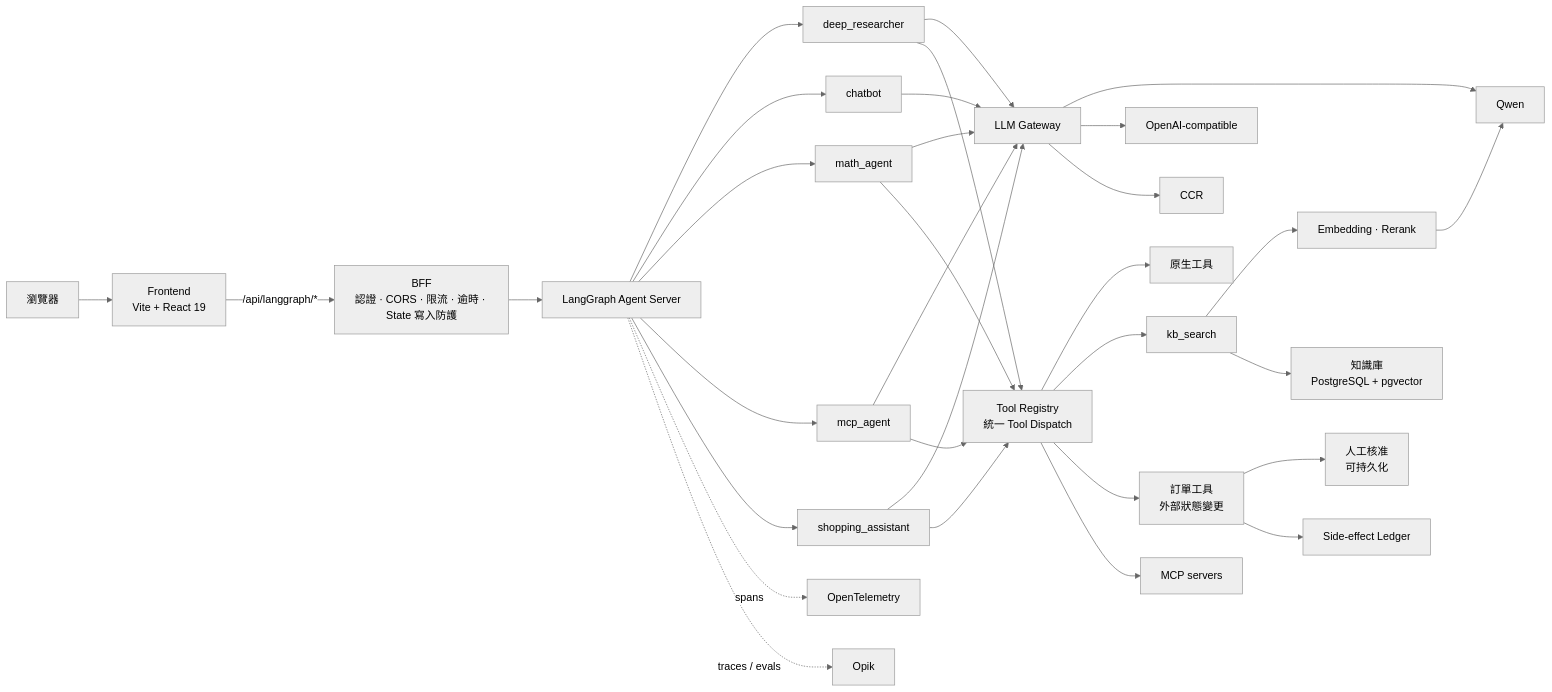
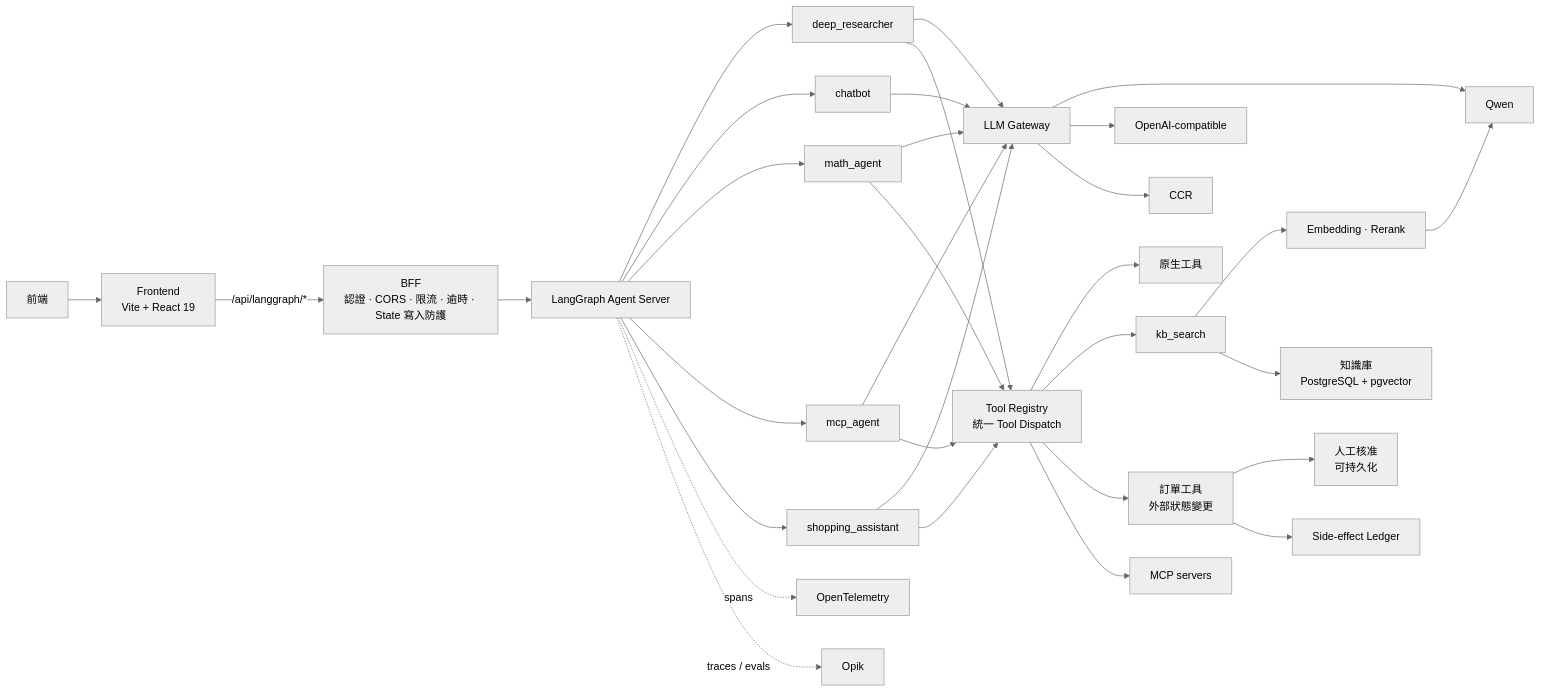
Before and after one commit to HsienW/chat-gun: the diagram in README.md, drawn with Mermaid (neutral theme). The commit also changed other lines of this file and 2 other files, not shown here.

Commit message:
docs(readme): use frontend terminology consistently
- Replace browser references with frontend in the multilingual introductions.
- Align the affected architecture diagram labels with the revised terminology.

````diff
--- a/README.md
+++ b/README.md
@@ -160,59 +160,59 @@
 ```mermaid
 flowchart LR
-  B["瀏覽器"]
+  B["前端"]
   F["Frontend<br/>Vite + React 19"]
   G["BFF<br/>認證 · CORS · 限流 · 逾時 · State 寫入防護"]
   L["LangGraph Agent Server"]
   A1["deep_researcher"]
   A2["chatbot"]
   A3["math_agent"]
   A4["mcp_agent"]
   A5["shopping_assistant"]
   GW["LLM Gateway"]
   Q["Qwen"]
   O["OpenAI-compatible"]
   C["CCR"]
   TR["Tool Registry<br/>統一 Tool Dispatch"]
   NT["原生工具"]
   KB["kb_search"]
   OD["訂單工具<br/>外部狀態變更"]
   MT["MCP servers"]
   EM["Embedding · Rerank"]
   KS["知識庫<br/>PostgreSQL + pgvector"]
   HI["人工核准<br/>可持久化"]
   LG["Side-effect Ledger"]
   OT["OpenTelemetry"]
   OP["Opik"]
 
   B --> F
   F -->|"/api/langgraph/*"| G
   G --> L
   L --> A1
   L --> A2
   L --> A3
   L --> A4
   L --> A5
   A1 --> GW
   A2 --> GW
   A3 --> GW
   A4 --> GW
   A5 --> GW
   GW --> Q
   GW --> O
   GW --> C
   A1 --> TR
   A3 --> TR
   A4 --> TR
   A5 --> TR
   TR --> NT
   TR --> KB
   TR --> OD
   TR --> MT
   KB --> EM
   KB --> KS
   EM --> Q
   OD --> HI
   OD --> LG
   L -.->|"spans"| OT
   L -.->|"traces / evals"| OP
 ```
````
